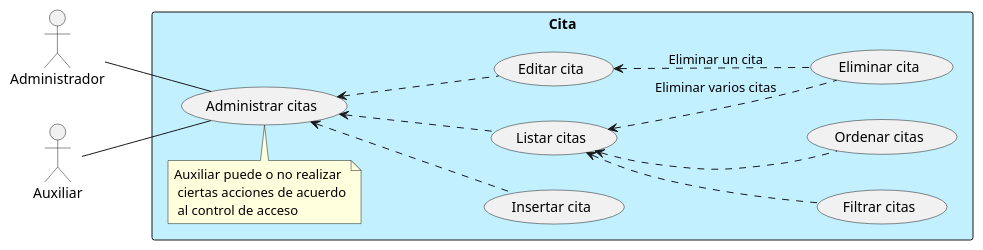
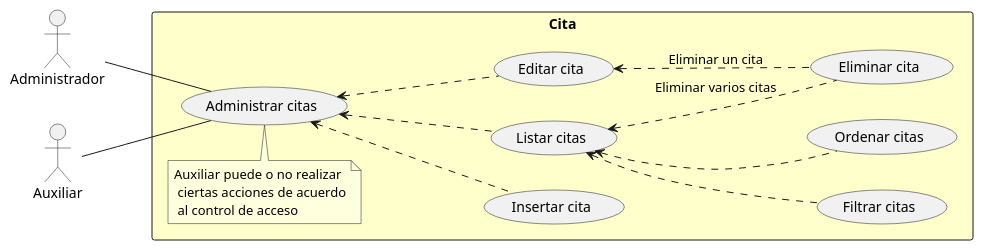
The diagram in ROOT/modules/proyecto/puml/citas-app-usecase.puml (capsi-ucp/capsi-ucp.github.io), drawn with PlantUML before and after one commit.

Commit message:
Caso de uso de lógica de negocio para la reserva de citas

```diff
--- a/ROOT/modules/proyecto/puml/citas-app-usecase.puml
+++ b/ROOT/modules/proyecto/puml/citas-app-usecase.puml
@@ -1,29 +1,29 @@
 @startuml
 left to right direction
 actor Administrador
 actor Auxiliar
 
-rectangle Cita #APPLICATION {
+rectangle Cita #BUSINESS {
   usecase "Insertar cita" as C
   usecase "Listar citas" as R
   usecase "Editar cita" as U
   usecase "Eliminar cita" as D
   usecase "Filtrar citas" as Searchable
   usecase "Ordenar citas" as Sortable
   usecase "Administrar citas" as CRUD
   note "Auxiliar puede o no realizar\r\n ciertas acciones de acuerdo\r\n al control de acceso" as Acl
 }
 
 CRUD <--. C
 CRUD <--. R
 CRUD <--. U
 
 R <.. Searchable
 R <.. Sortable
 U <.. D: "Eliminar un cita"
 R <.. D: "Eliminar varios citas"
 
 Administrador -- CRUD
 Auxiliar -- CRUD
 Acl - CRUD
 @enduml
```
